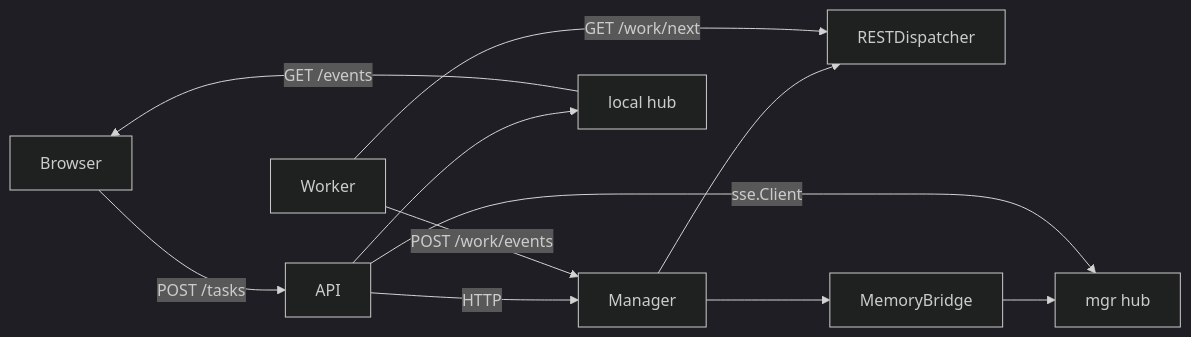
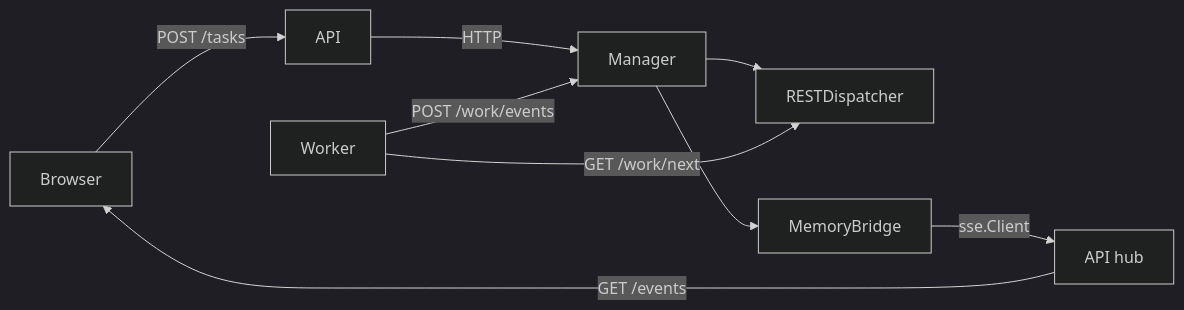
One commit to deyarchit/work-distribution-patterns changed the second of 6 diagrams in docs/CODEMAPS/architecture.md. Above: the diagram before and after it, drawn with Mermaid (dark theme). The commit also changed other lines of this file and 4 other files, not shown here.

````diff
--- a/docs/CODEMAPS/architecture.md
+++ b/docs/CODEMAPS/architecture.md
@@ -61,13 +59,11 @@
 ```mermaid
 flowchart LR
     Browser -->|POST /tasks| API
     API -->|HTTP| Manager
     Manager --> RD[RESTDispatcher]
     Worker -->|GET /work/next| RD
     Worker -->|POST /work/events| Manager
     Manager --> MB[MemoryBridge]
-    MB --> MgrHub[mgr hub]
-    API -->|sse.Client| MgrHub
-    API --> Hub[local hub]
+    MB -->|sse.Client| Hub[API hub]
     Hub -->|GET /events| Browser
 ```
````
